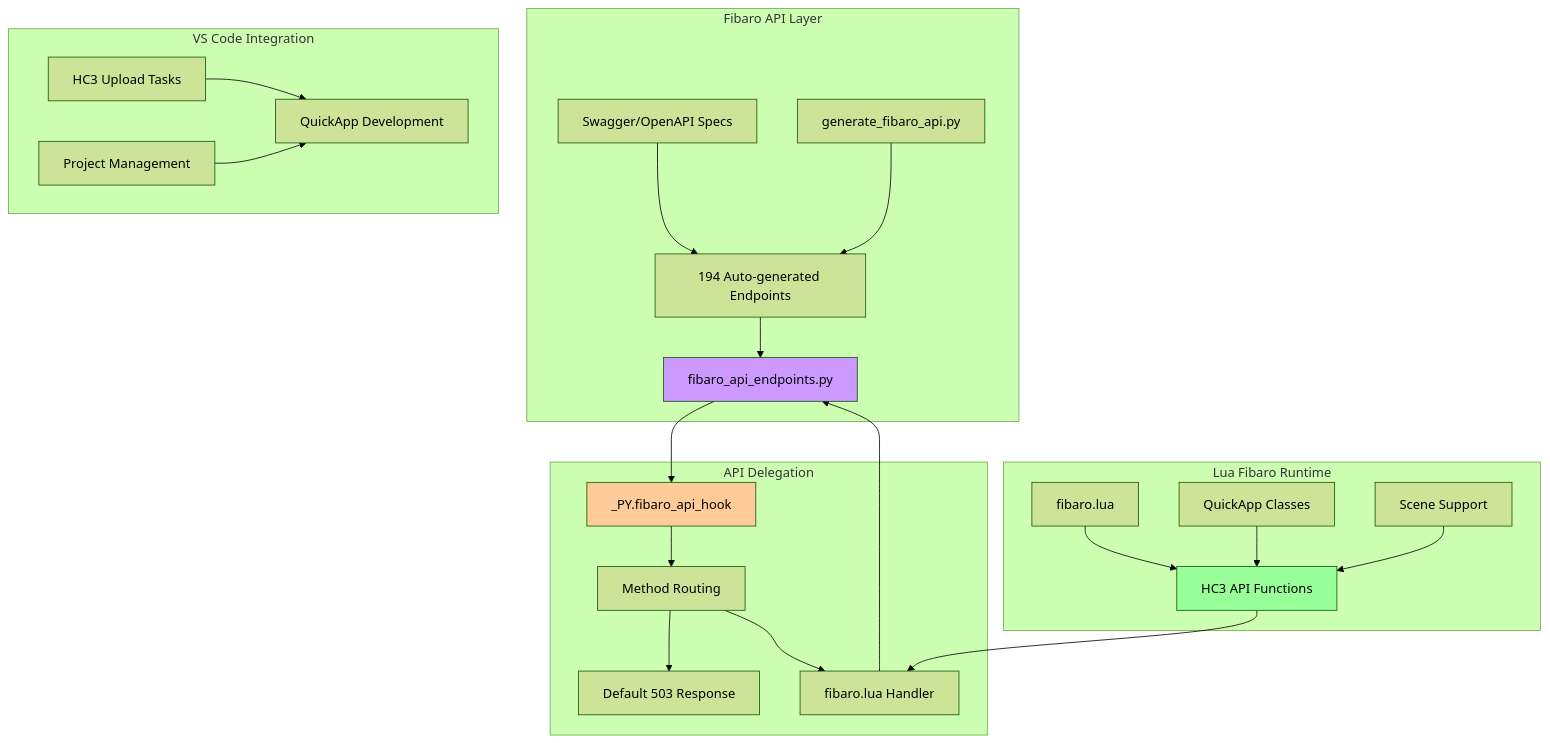
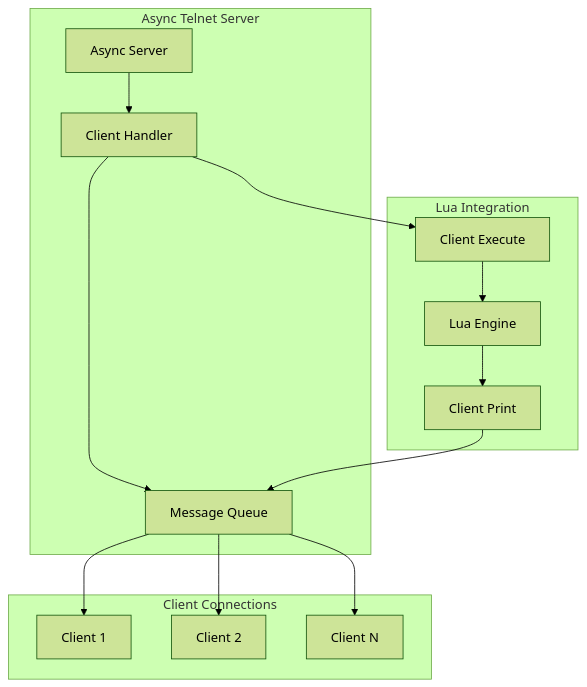
One commit to jangabrielsson/plua changed the sixth of 18 diagrams in ARCHITECTURE.md. Above: the diagram before and after it, drawn with Mermaid (forest theme). The commit also changed other lines of this file and 404 other files, not shown here.

````diff
--- a/ARCHITECTURE.md
+++ b/ARCHITECTURE.md
@@ -501,33 +255,30 @@
 ```mermaid
 graph TB
-    subgraph "Fibaro API Layer"
-        A[194 Auto-generated Endpoints] --> B[fibaro_api_endpoints.py]
-        C[Swagger/OpenAPI Specs] --> A
-        D[generate_fibaro_api.py] --> A
+    subgraph "Async Telnet Server"
+        ASYNC_SERVER[Async Server]
+        CLIENT_HANDLER[Client Handler]
+        MESSAGE_Q[Message Queue]
     end
     
-    subgraph "Lua Fibaro Runtime"
-        E[fibaro.lua] --> F[HC3 API Functions]
-        G[QuickApp Classes] --> F
-        H[Scene Support] --> F
+    subgraph "Client Connections"
+        CLIENT1[Client 1]
+        CLIENT2[Client 2]
+        CLIENTN[Client N]
     end
     
-    subgraph "API Delegation"
-        I[_PY.fibaro_api_hook] --> J[Method Routing]
-        J --> K[Default 503 Response]
-        J --> L[fibaro.lua Handler]
+    subgraph "Lua Integration"
+        LUA_ENGINE[Lua Engine]
+        CLIENT_EXEC[Client Execute]
+        CLIENT_PRINT[Client Print]
     end
     
-    subgraph "VS Code Integration"
-        M[HC3 Upload Tasks] --> N[QuickApp Development]
-        O[Project Management] --> N
-    end
-    
-    B --> I
-    F --> L
-    L --> B
-    
-    style B fill:#cc99ff
-    style F fill:#99ff99
-    style I fill:#ffcc99
+    ASYNC_SERVER --> CLIENT_HANDLER
+    CLIENT_HANDLER --> MESSAGE_Q
+    MESSAGE_Q --> CLIENT1
+    MESSAGE_Q --> CLIENT2
+    MESSAGE_Q --> CLIENTN
+    CLIENT_HANDLER --> CLIENT_EXEC
+    CLIENT_EXEC --> LUA_ENGINE
+    LUA_ENGINE --> CLIENT_PRINT
+    CLIENT_PRINT --> MESSAGE_Q
 ```
````
